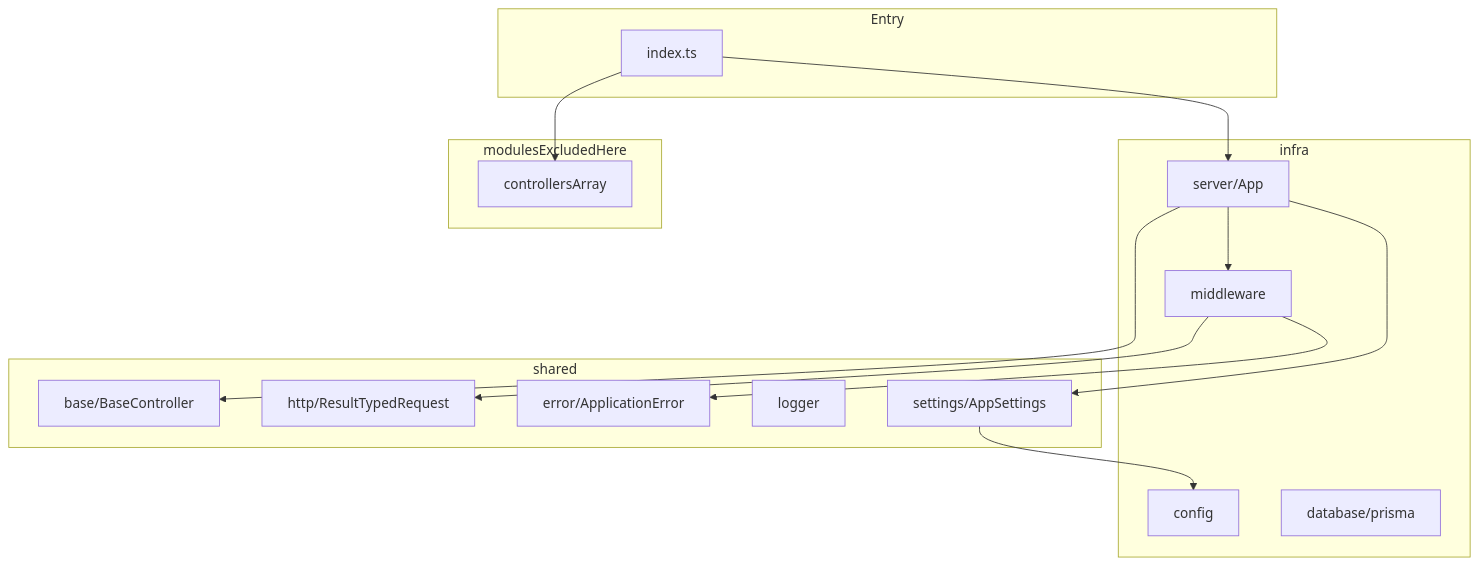
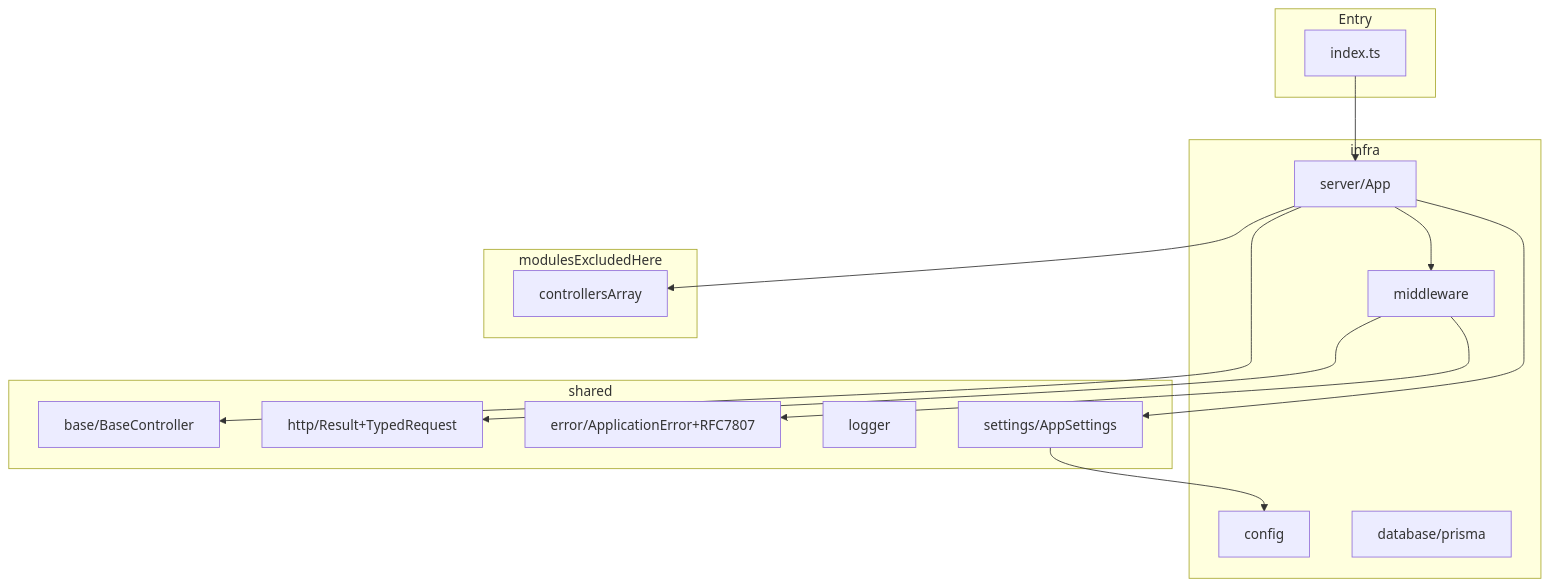
The diagram in .cursor/api-architecture.md (PedroMiotti/express-api-starter), drawn with Mermaid before and after one commit. The commit also changed other lines of this file and 2 other files, not shown here.

````diff
--- a/.cursor/api-architecture.md
+++ b/.cursor/api-architecture.md
@@ -38,30 +39,30 @@
 ```mermaid
 flowchart TB
   subgraph entry [Entry]
     indexTs[index.ts]
   end
   subgraph infra [infra]
     config[config]
     db[database/prisma]
     server[server/App]
     mw[middleware]
   end
   subgraph shared [shared]
     base[base/BaseController]
-    http[http/ResultTypedRequest]
-    err[error/ApplicationError]
+    http[http/Result+TypedRequest]
+    err[error/ApplicationError+RFC7807]
     log[logger]
     settings[settings/AppSettings]
   end
   subgraph modulesArea [modulesExcludedHere]
     controllers[controllersArray]
   end
   indexTs --> server
-  indexTs --> controllers
+  server --> controllers
   server --> mw
   server --> base
   mw --> err
   mw --> http
   server --> settings
   settings --> config
 ```
````
